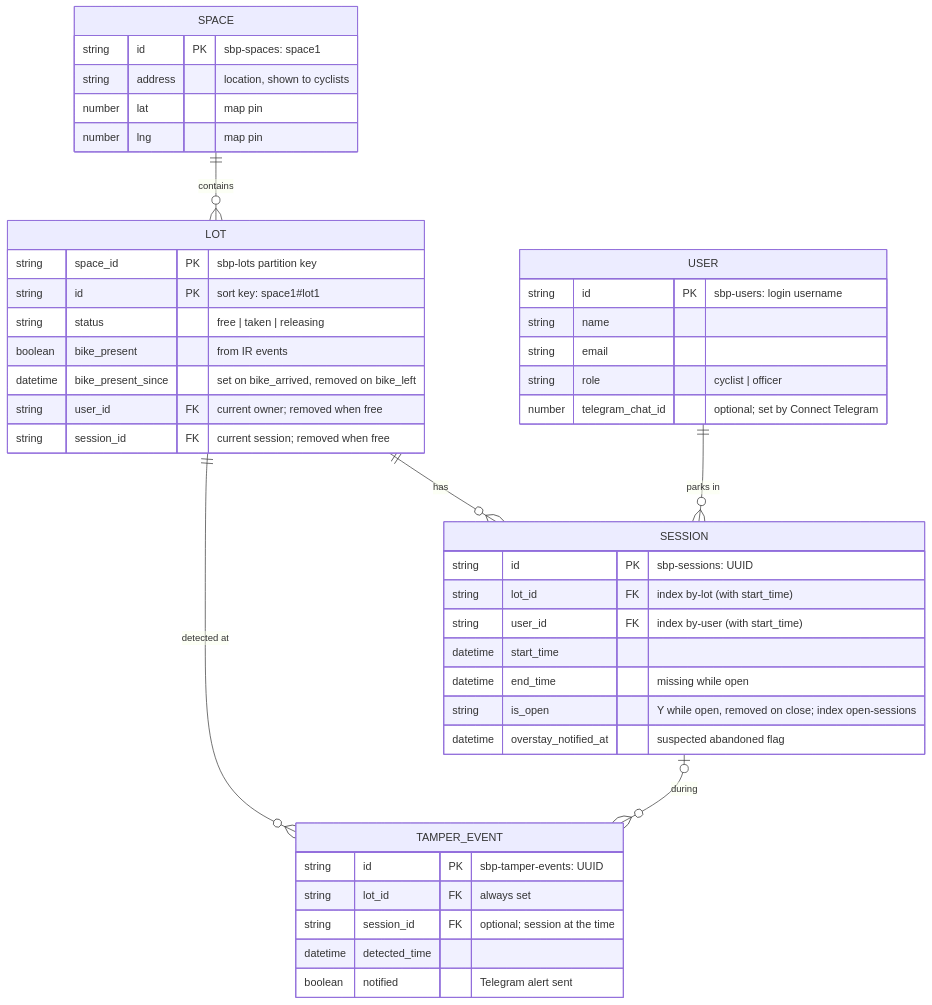
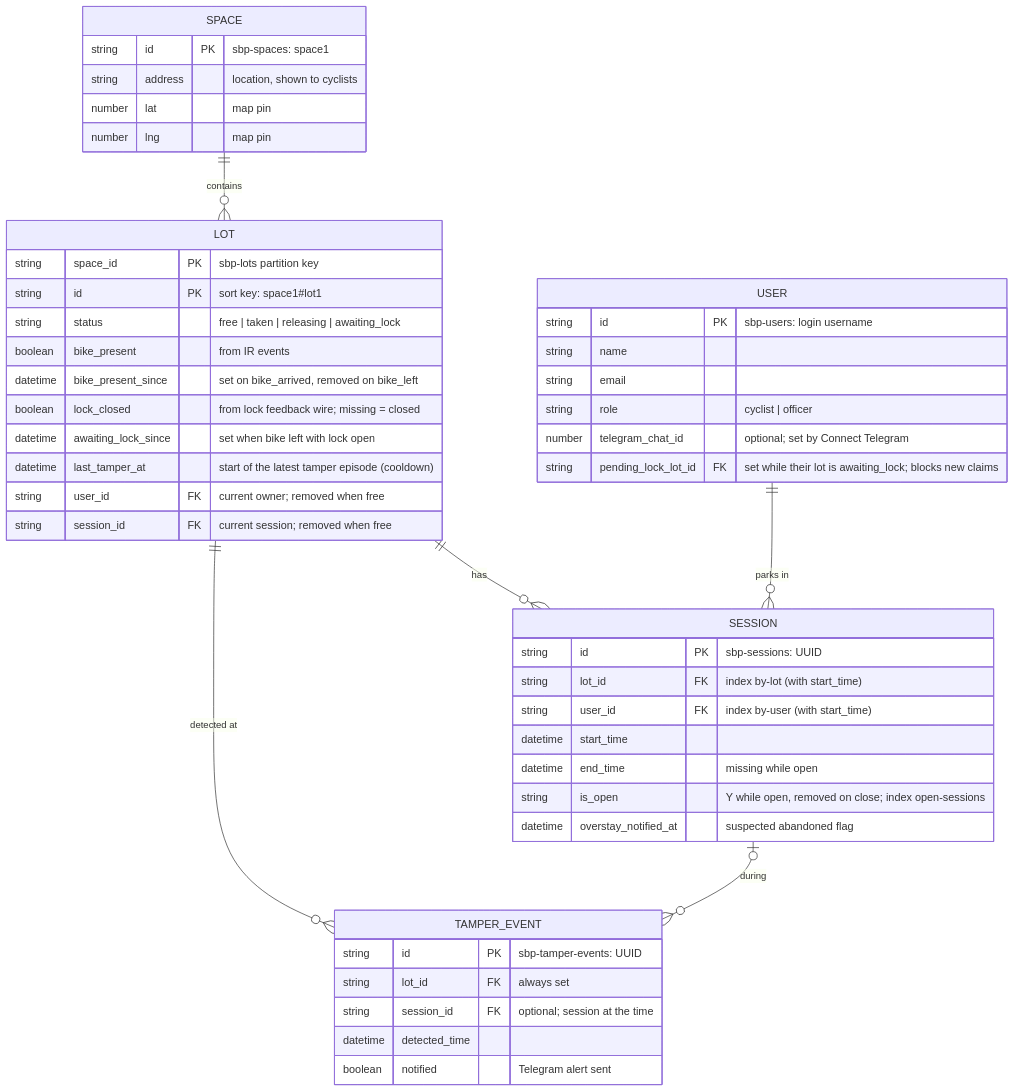
Before and after one commit to realestzeyu/smart-bike-parking: the diagram in docs/agreed-names-and-formats.md, drawn with Mermaid. The commit also changed other lines of this file and 11 other files, not shown here.

````diff
--- a/docs/agreed-names-and-formats.md
+++ b/docs/agreed-names-and-formats.md
@@ -53,47 +57,51 @@
 ```mermaid
 erDiagram
     SPACE ||--o{ LOT : contains
     LOT ||--o{ SESSION : has
     USER ||--o{ SESSION : "parks in"
     LOT ||--o{ TAMPER_EVENT : "detected at"
     SESSION |o--o{ TAMPER_EVENT : "during"
 
     SPACE {
         string id PK "sbp-spaces: space1"
         string address "location, shown to cyclists"
         number lat "map pin"
         number lng "map pin"
     }
     LOT {
         string space_id PK "sbp-lots partition key"
         string id PK "sort key: space1#lot1"
-        string status "free | taken | releasing"
+        string status "free | taken | releasing | awaiting_lock"
         boolean bike_present "from IR events"
         datetime bike_present_since "set on bike_arrived, removed on bike_left"
+        boolean lock_closed "from lock feedback wire; missing = closed"
+        datetime awaiting_lock_since "set when bike left with lock open"
+        datetime last_tamper_at "start of the latest tamper episode (cooldown)"
         string user_id FK "current owner; removed when free"
         string session_id FK "current session; removed when free"
     }
     USER {
         string id PK "sbp-users: login username"
         string name
         string email
         string role "cyclist | officer"
         number telegram_chat_id "optional; set by Connect Telegram"
+        string pending_lock_lot_id FK "set while their lot is awaiting_lock; blocks new claims"
     }
     SESSION {
         string id PK "sbp-sessions: UUID"
         string lot_id FK "index by-lot (with start_time)"
         string user_id FK "index by-user (with start_time)"
         datetime start_time
         datetime end_time "missing while open"
         string is_open "Y while open, removed on close; index open-sessions"
         datetime overstay_notified_at "suspected abandoned flag"
     }
     TAMPER_EVENT {
         string id PK "sbp-tamper-events: UUID"
         string lot_id FK "always set"
         string session_id FK "optional; session at the time"
         datetime detected_time
         boolean notified "Telegram alert sent"
     }
 ```
````
